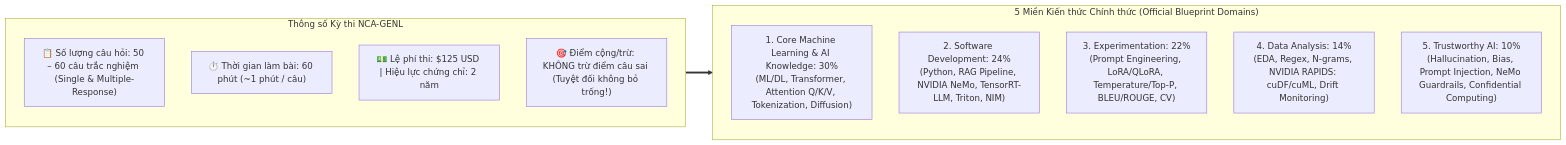
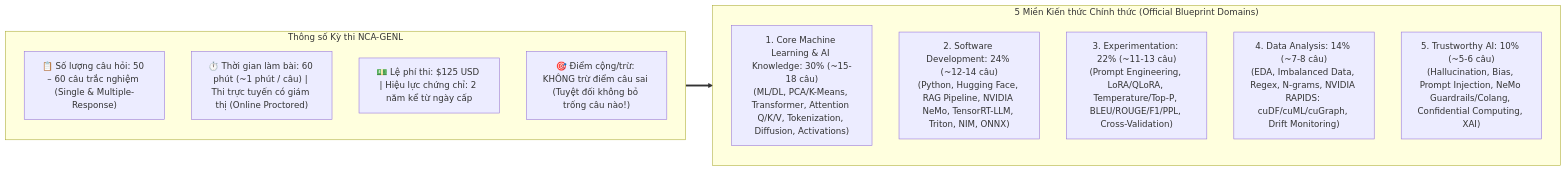
Before and after one commit to nxthanh2904/nca-genl: the diagram in NCA_GENL_Exam_Guide_and_Tips.md, drawn with Mermaid. The commit also changed other lines of this file and 11 other files, not shown here.

````diff
--- a/NCA_GENL_Exam_Guide_and_Tips.md
+++ b/NCA_GENL_Exam_Guide_and_Tips.md
@@ -10,21 +10,21 @@
 ```mermaid
 flowchart LR
     subgraph Exam["Thông số Kỳ thi NCA-GENL"]
         direction TB
         I1["📋 Số lượng câu hỏi: 50 – 60 câu trắc nghiệm (Single & Multiple-Response)"]
-        I2["⏱️ Thời gian làm bài: 60 phút (~1 phút / câu)"]
-        I3["💵 Lệ phí thi: $125 USD | Hiệu lực chứng chỉ: 2 năm"]
-        I4["🎯 Điểm cộng/trừ: KHÔNG trừ điểm câu sai (Tuyệt đối không bỏ trống!)"]
+        I2["⏱️ Thời gian làm bài: 60 phút (~1 phút / câu) | Thi trực tuyến có giám thị (Online Proctored)"]
+        I3["💵 Lệ phí thi: $125 USD | Hiệu lực chứng chỉ: 2 năm kể từ ngày cấp"]
+        I4["🎯 Điểm cộng/trừ: KHÔNG trừ điểm câu sai (Tuyệt đối không bỏ trống câu nào!)"]
     end
 
     subgraph Blueprint["5 Miền Kiến thức Chính thức (Official Blueprint Domains)"]
         direction TB
-        D1["1. Core Machine Learning & AI Knowledge: 30%<br/>(ML/DL, Transformer, Attention Q/K/V, Tokenization, Diffusion)"]
-        D2["2. Software Development: 24%<br/>(Python, RAG Pipeline, NVIDIA NeMo, TensorRT-LLM, Triton, NIM)"]
-        D3["3. Experimentation: 22%<br/>(Prompt Engineering, LoRA/QLoRA, Temperature/Top-P, BLEU/ROUGE, CV)"]
-        D4["4. Data Analysis: 14%<br/>(EDA, Regex, N-grams, NVIDIA RAPIDS: cuDF/cuML, Drift Monitoring)"]
-        D5["5. Trustworthy AI: 10%<br/>(Hallucination, Bias, Prompt Injection, NeMo Guardrails, Confidential Computing)"]
+        D1["1. Core Machine Learning & AI Knowledge: 30% (~15-18 câu)<br/>(ML/DL, PCA/K-Means, Transformer, Attention Q/K/V, Tokenization, Diffusion, Activations)"]
+        D2["2. Software Development: 24% (~12-14 câu)<br/>(Python, Hugging Face, RAG Pipeline, NVIDIA NeMo, TensorRT-LLM, Triton, NIM, ONNX)"]
+        D3["3. Experimentation: 22% (~11-13 câu)<br/>(Prompt Engineering, LoRA/QLoRA, Temperature/Top-P, BLEU/ROUGE/F1/PPL, Cross-Validation)"]
+        D4["4. Data Analysis: 14% (~7-8 câu)<br/>(EDA, Imbalanced Data, Regex, N-grams, NVIDIA RAPIDS: cuDF/cuML/cuGraph, Drift Monitoring)"]
+        D5["5. Trustworthy AI: 10% (~5-6 câu)<br/>(Hallucination, Bias, Prompt Injection, NeMo Guardrails/Colang, Confidential Computing, XAI)"]
     end
 
     Exam ==> Blueprint
 ```
````
